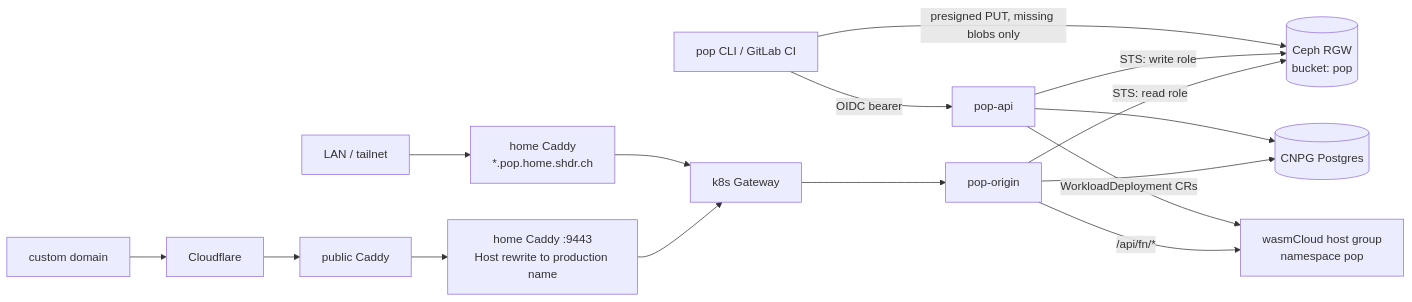
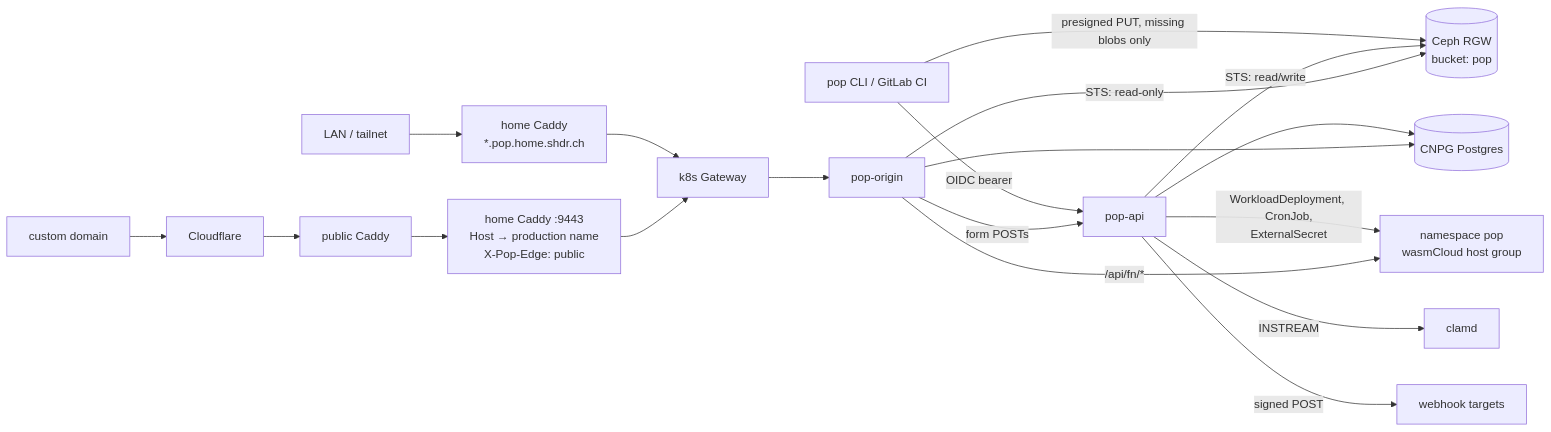
The diagram in docs/superpowers/specs/2026-10-09-pop-design.md (shedrachokonofua/aether), drawn with Mermaid before and after one commit. The commit also changed other lines of this file, not shown here.

Commit message:
docs: pop spec — single release, aliases, pop dev, webhooks, schedules, forms+uploads, visitor SSO

````diff
--- a/docs/superpowers/specs/2026-10-09-pop-design.md
+++ b/docs/superpowers/specs/2026-10-09-pop-design.md
@@ -42,16 +48,19 @@
 ```mermaid
 flowchart LR
   cli[pop CLI / GitLab CI] -->|OIDC bearer| api[pop-api]
   cli -->|presigned PUT, missing blobs only| rgw[(Ceph RGW<br/>bucket: pop)]
   api --> pg[(CNPG Postgres)]
-  api -->|STS: write role| rgw
-  api -->|WorkloadDeployment CRs| wc[wasmCloud host group<br/>namespace pop]
+  api -->|STS: read/write| rgw
+  api -->|WorkloadDeployment, CronJob,<br/>ExternalSecret| k8s[namespace pop<br/>wasmCloud host group]
+  api -->|INSTREAM| clamd[clamd]
+  api -->|signed POST| hooks[webhook targets]
   lan[LAN / tailnet] --> caddy[home Caddy<br/>*.pop.home.shdr.ch]
-  pub[custom domain] --> cf[Cloudflare] --> link[public Caddy] --> c9443[home Caddy :9443<br/>Host rewrite to production name]
+  pub[custom domain] --> cf[Cloudflare] --> link[public Caddy] --> c9443[home Caddy :9443<br/>Host → production name<br/>X-Pop-Edge: public]
   caddy --> gw[k8s Gateway]
   c9443 --> gw
   gw --> origin[pop-origin]
-  origin -->|STS: read role| rgw
+  origin -->|STS: read-only| rgw
   origin --> pg
-  origin -->|/api/fn/*| wc
+  origin -->|/api/fn/*| k8s
+  origin -->|form POSTs| api
 ```
````
